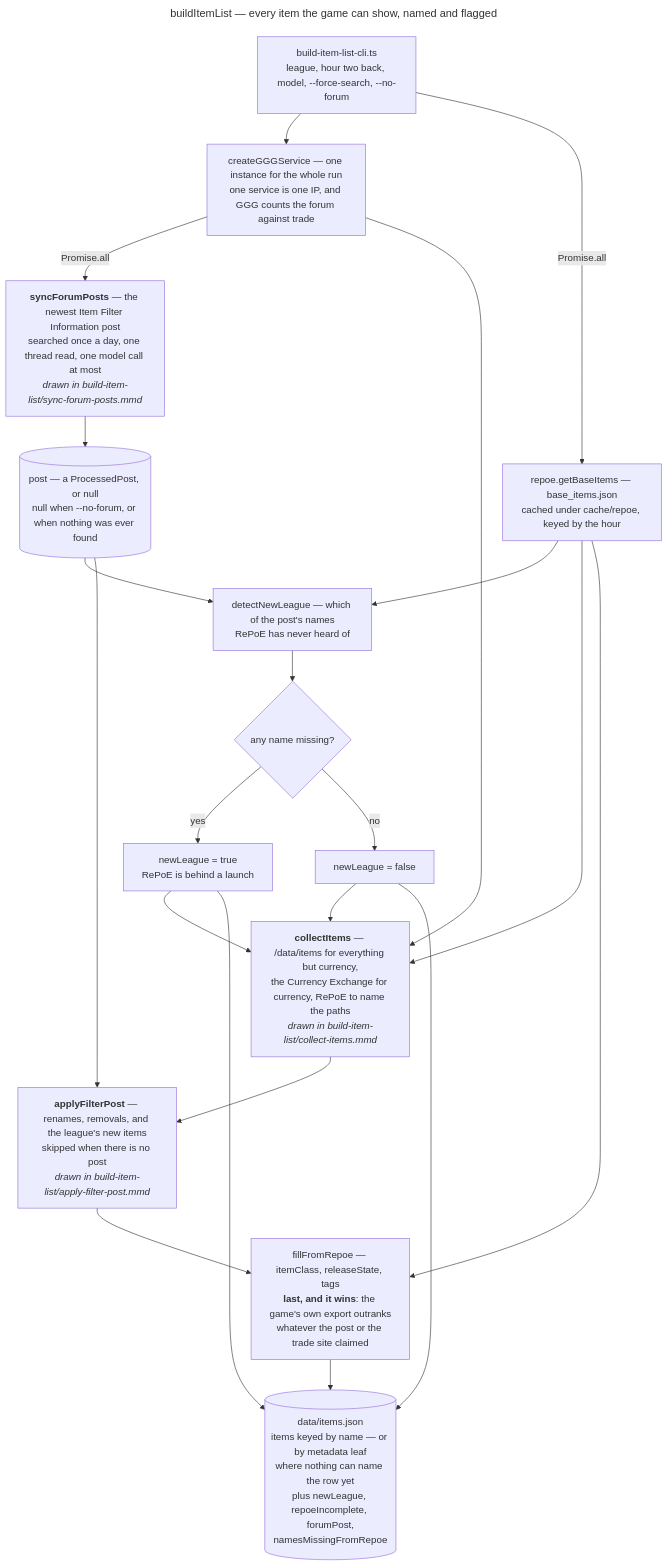
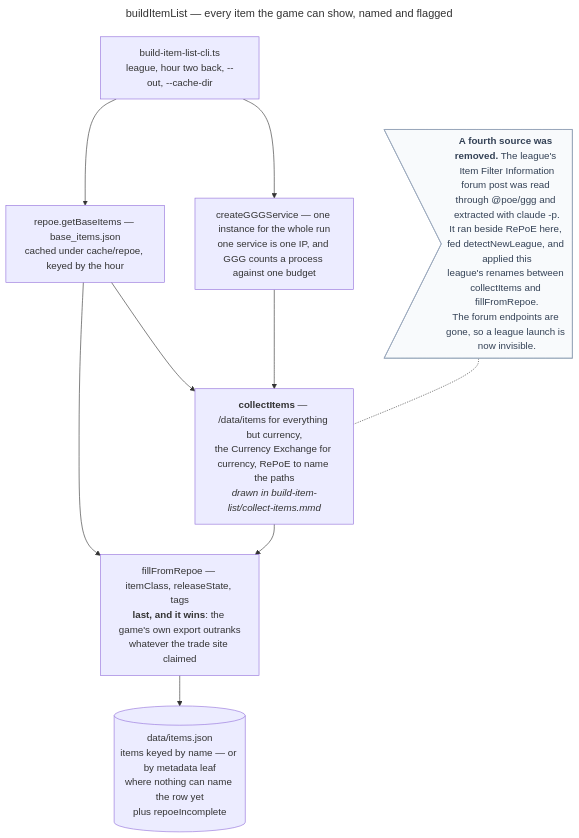
Before and after one commit to andreicaminschi/poe-stuff: the diagram in packages/filterv2/build-item-list.mmd, drawn with Mermaid. The commit also changed 181 other files, not shown here.

```diff
--- a/packages/filterv2/build-item-list.mmd
+++ b/packages/filterv2/build-item-list.mmd
@@ -1,49 +1,29 @@
 ---
 title: buildItemList — every item the game can show, named and flagged
 ---
 flowchart TB
-  CLI["build-item-list-cli.ts<br/>league, hour two back, model, --force-search, --no-forum"]
-  GGG["createGGGService — one instance for the whole run<br/>one service is one IP, and GGG counts the forum against trade"]
+  CLI["build-item-list-cli.ts<br/>league, hour two back, --out, --cache-dir"]
+  GGG["createGGGService — one instance for the whole run<br/>one service is one IP, and GGG counts a process against one budget"]
   REPOE["repoe.getBaseItems — base_items.json<br/>cached under cache/repoe, keyed by the hour"]
-  SYNC["<b>syncForumPosts</b> — the newest Item Filter Information post<br/>searched once a day, one thread read, one model call at most<br/><i>drawn in build-item-list/sync-forum-posts.mmd</i>"]
 
   CLI --> GGG
-  CLI -- "Promise.all" --> REPOE
-  GGG -- "Promise.all" --> SYNC
-
-  POST[("post — a ProcessedPost, or null<br/>null when --no-forum, or when nothing was ever found")]
-  SYNC --> POST
-
-  DETECT["detectNewLeague — which of the post's names<br/>RePoE has never heard of"]
-  NEWFLAG{"any name missing?"}
-  ISNEW["newLeague = true<br/>RePoE is behind a launch"]
-  NOTNEW["newLeague = false"]
-
-  REPOE --> DETECT
-  POST --> DETECT
-  DETECT --> NEWFLAG
-  NEWFLAG -- yes --> ISNEW
-  NEWFLAG -- no --> NOTNEW
+  CLI --> REPOE
 
   COLLECT["<b>collectItems</b> — /data/items for everything but currency,<br/>the Currency Exchange for currency, RePoE to name the paths<br/><i>drawn in build-item-list/collect-items.mmd</i>"]
-  APPLY["<b>applyFilterPost</b> — renames, removals, and the league's new items<br/>skipped when there is no post<br/><i>drawn in build-item-list/apply-filter-post.mmd</i>"]
-  FILL["fillFromRepoe — itemClass, releaseState, tags<br/><b>last, and it wins</b>: the game's own export outranks<br/>whatever the post or the trade site claimed"]
+  FILL["fillFromRepoe — itemClass, releaseState, tags<br/><b>last, and it wins</b>: the game's own export outranks<br/>whatever the trade site claimed"]
 
   GGG --> COLLECT
   REPOE --> COLLECT
-  ISNEW --> COLLECT
-  NOTNEW --> COLLECT
-
-  COLLECT --> APPLY
-  POST --> APPLY
-  APPLY --> FILL
+  COLLECT --> FILL
   REPOE --> FILL
 
-  OUT[("data/items.json<br/>items keyed by name — or by metadata leaf<br/>where nothing can name the row yet<br/>plus newLeague, repoeIncomplete, forumPost,<br/>namesMissingFromRepoe")]
+  OUT[("data/items.json<br/>items keyed by name — or by metadata leaf<br/>where nothing can name the row yet<br/>plus repoeIncomplete")]
   FILL --> OUT
-  ISNEW --> OUT
-  NOTNEW --> OUT
 
-  click SYNC href "build-item-list/sync-forum-posts.mmd" "syncForumPosts in full"
+  GONE>"<b>A fourth source was removed.</b> The league's Item Filter Information<br/>forum post was read through @poe/ggg and extracted with claude -p.<br/>It ran beside RePoE here, fed detectNewLeague, and applied this<br/>league's renames between collectItems and fillFromRepoe.<br/>The forum endpoints are gone, so a league launch is now invisible."]
+  GONE -.- COLLECT
+
+  classDef note fill:#f8fafc,stroke:#94a3b8,color:#334155
+  class GONE note
+
   click COLLECT href "build-item-list/collect-items.mmd" "collectItems in full"
-  click APPLY href "build-item-list/apply-filter-post.mmd" "applyFilterPost in full"
```
